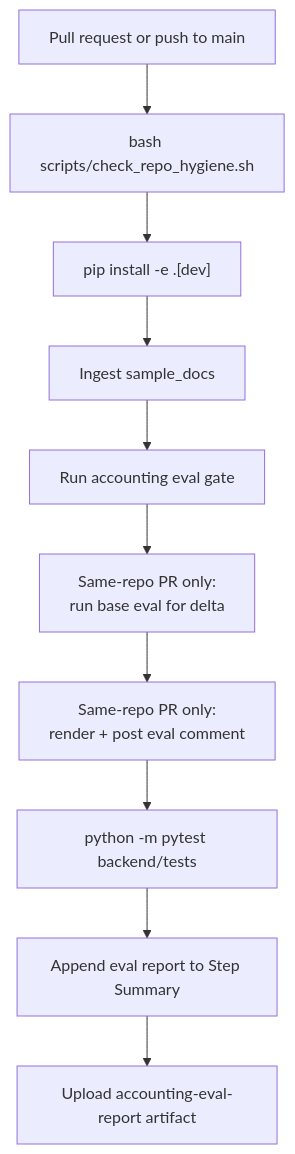
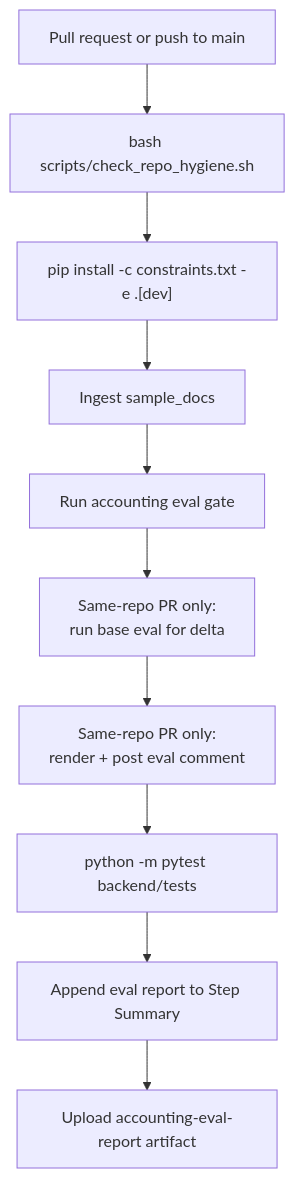
The diagram in docs/ci_eval_gate.md (JassonG-xt/Trust-RAG-Accounting), drawn with Mermaid before and after one commit. The commit also changed 21 other files, not shown here.

Commit message:
fix(graph): route post-generation abstentions through review (#28)

````diff
--- a/docs/ci_eval_gate.md
+++ b/docs/ci_eval_gate.md
@@ -7,12 +7,12 @@
 ```mermaid
 flowchart TD
     PR["Pull request or push to main"] --> HYGIENE["bash scripts/check_repo_hygiene.sh"]
-    HYGIENE --> INSTALL["pip install -e .[dev]"]
+    HYGIENE --> INSTALL["pip install -c constraints.txt -e .[dev]"]
     INSTALL --> INGEST["Ingest sample_docs"]
     INGEST --> EVAL["Run accounting eval gate"]
     EVAL --> BASE["Same-repo PR only:<br/>run base eval for delta"]
     BASE --> COMMENT["Same-repo PR only:<br/>render + post eval comment"]
     COMMENT --> PYTEST["python -m pytest backend/tests"]
     PYTEST --> SUMMARY["Append eval report to Step Summary"]
     SUMMARY --> ARTIFACT["Upload accounting-eval-report artifact"]
 ```
````
